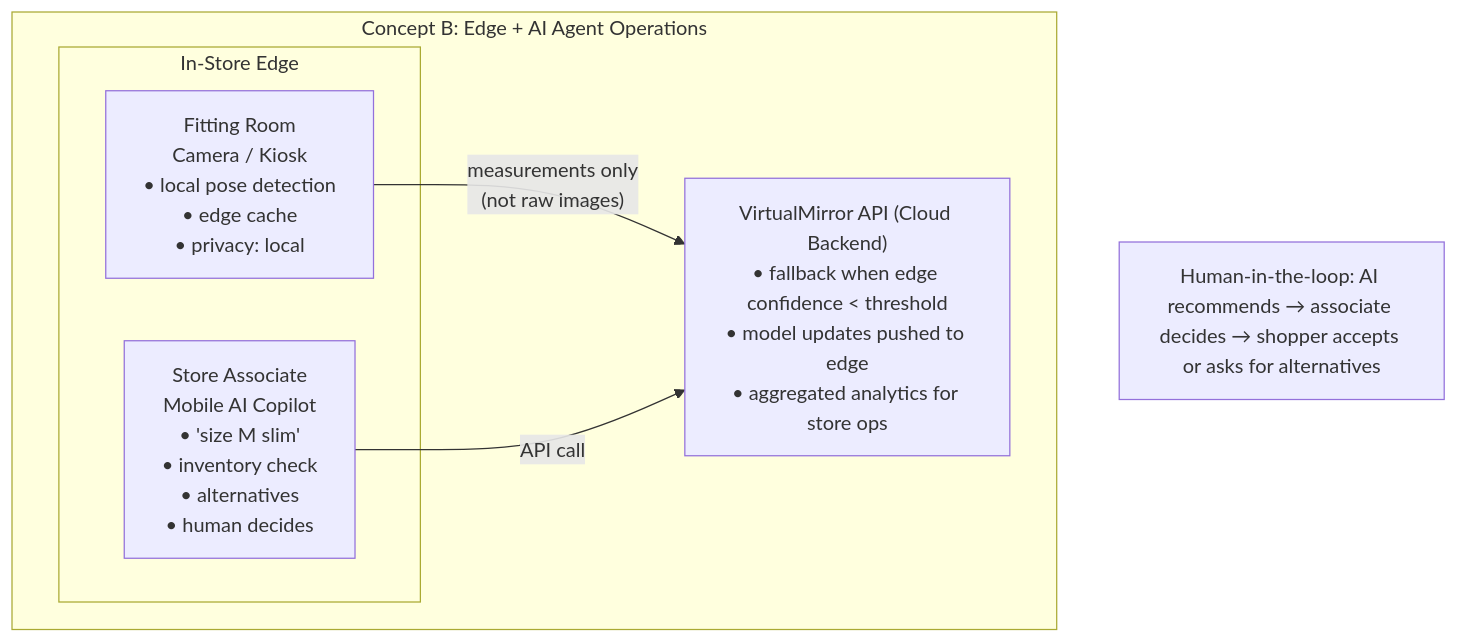
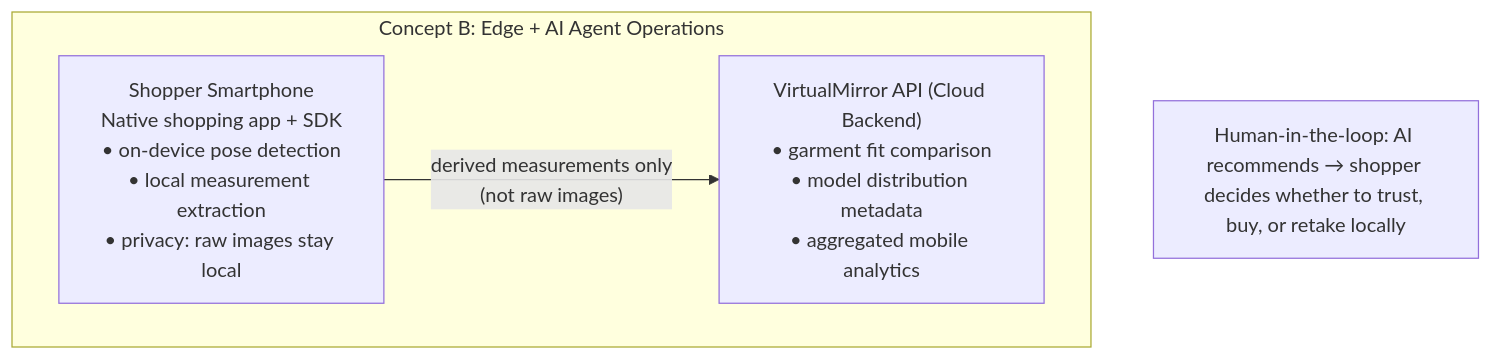
One commit to akhayash/RetailTeam-workshop changed the second of 3 diagrams in Deliverable1.md. Above: the diagram before and after it, drawn with Mermaid. The commit also changed other lines of this file and 6 other files, not shown here.

First line of the commit message:
docs: rework Concept B from in-store to home-based on-device AI

````diff
--- a/Deliverable1.md
+++ b/Deliverable1.md
@@ -78,12 +78,9 @@
 ```mermaid
 graph TD
     subgraph "Concept B: Edge + AI Agent Operations"
-        subgraph "In-Store Edge"
-            Kiosk["Fitting Room<br/>Camera / Kiosk<br/>• local pose detection<br/>• edge cache<br/>• privacy: local"]
-            Associate["Store Associate<br/>Mobile AI Copilot<br/>• 'size M slim'<br/>• inventory check<br/>• alternatives<br/>• human decides"]
-        end
-        Kiosk -->|"measurements only<br/>(not raw images)"| Backend["VirtualMirror API (Cloud Backend)<br/>• fallback when edge confidence < threshold<br/>• model updates pushed to edge<br/>• aggregated analytics for store ops"]
-        Associate -->|"API call"| Backend
+        Phone["Shopper Smartphone<br/>Native shopping app + SDK<br/>• on-device pose detection<br/>• local measurement extraction<br/>• privacy: raw images stay local"]
+        Backend["VirtualMirror API (Cloud Backend)<br/>• garment fit comparison<br/>• model distribution metadata<br/>• aggregated mobile analytics"]
+        Phone -->|"derived measurements only<br/>(not raw images)"| Backend
     end
-    Note["Human-in-the-loop: AI recommends → associate decides → shopper accepts or asks for alternatives"]
+    Note["Human-in-the-loop: AI recommends → shopper decides whether to trust, buy, or retake locally"]
 ```
````
